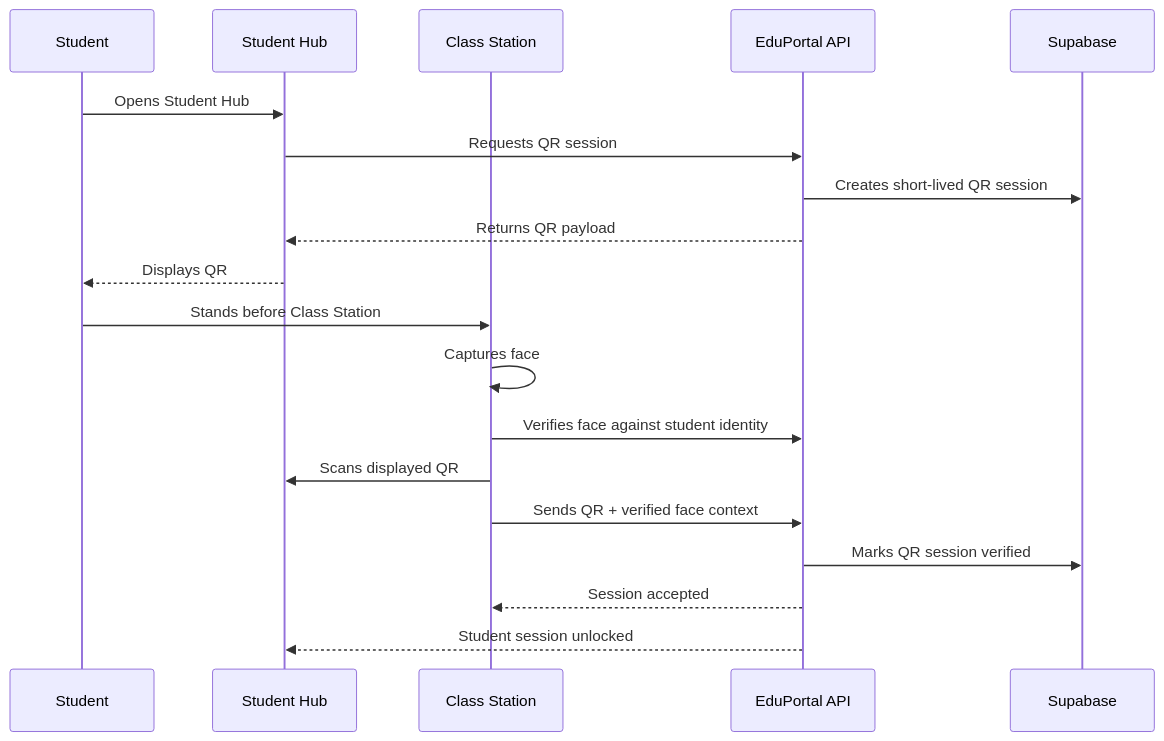
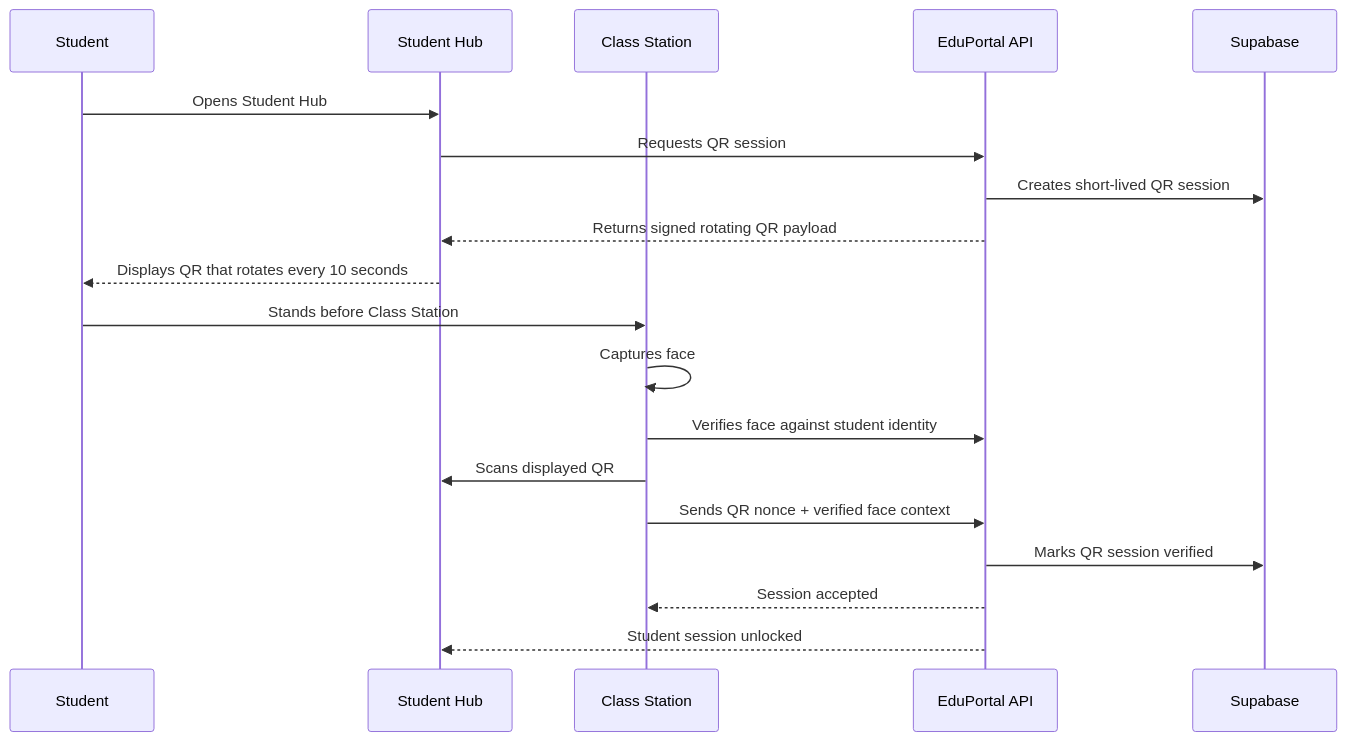
One commit to tecbunny/SCHOOL changed the second of 3 diagrams in DETAILED_WORKING_REPORT.md. Above: the diagram before and after it, drawn with Mermaid. The commit also changed other lines of this file and 3 other files, not shown here.

````diff
--- a/DETAILED_WORKING_REPORT.md
+++ b/DETAILED_WORKING_REPORT.md
@@ -360,22 +366,22 @@
 ```mermaid
 sequenceDiagram
   participant Student
   participant Hub as Student Hub
   participant Station as Class Station
   participant API as EduPortal API
   participant DB as Supabase
 
   Student->>Hub: Opens Student Hub
   Hub->>API: Requests QR session
   API->>DB: Creates short-lived QR session
-  API-->>Hub: Returns QR payload
-  Hub-->>Student: Displays QR
+  API-->>Hub: Returns signed rotating QR payload
+  Hub-->>Student: Displays QR that rotates every 10 seconds
   Student->>Station: Stands before Class Station
   Station->>Station: Captures face
   Station->>API: Verifies face against student identity
   Station->>Hub: Scans displayed QR
-  Station->>API: Sends QR + verified face context
+  Station->>API: Sends QR nonce + verified face context
   API->>DB: Marks QR session verified
   API-->>Station: Session accepted
   API-->>Hub: Student session unlocked
 ```
````
